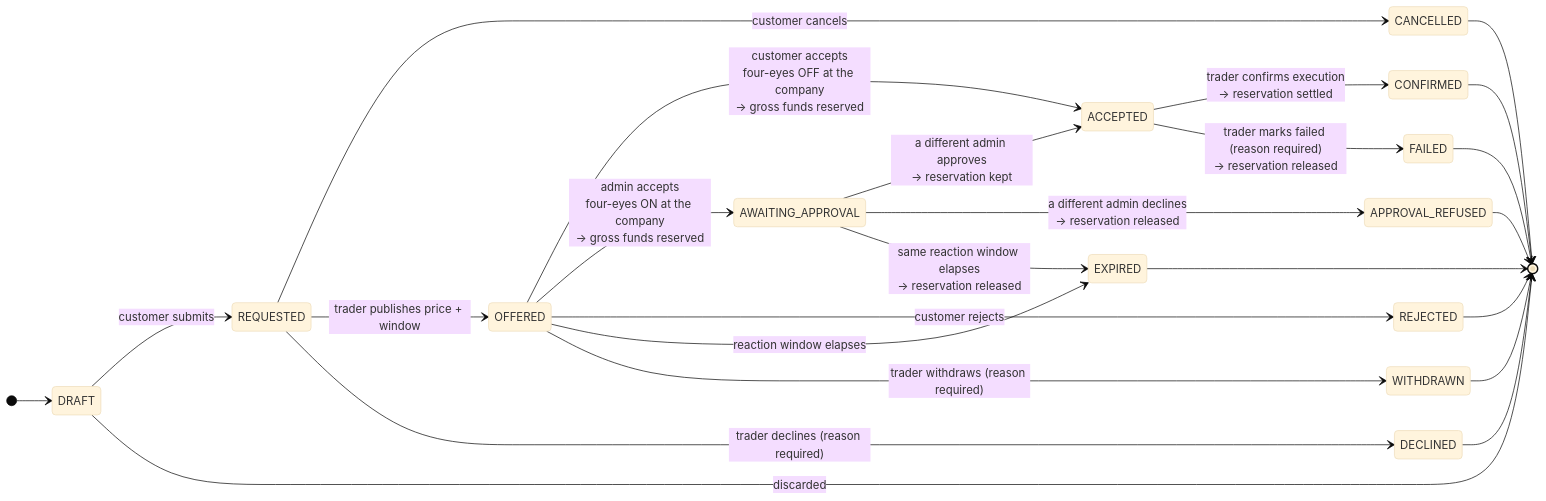
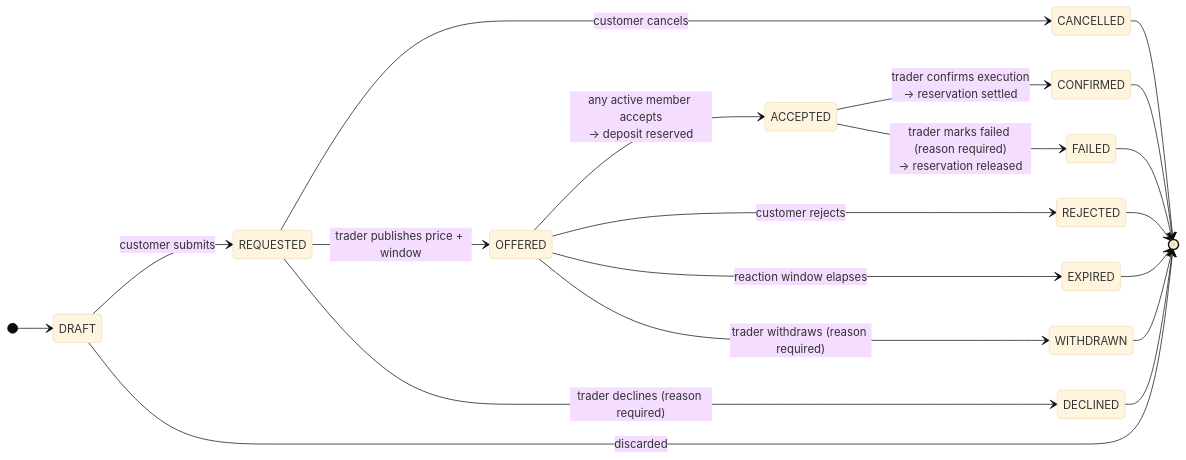
One commit to lukastosic-ifd/peakpowerspecs changed the second of 3 diagrams in specs/10-features/F05-energy-block-trading.md. Above: the diagram before and after it, drawn with Mermaid (base theme). The commit also changed other lines of this file and 40 other files, not shown here.

First line of the commit message:
DEC-179: the four-eyes rule is removed (#21)

````diff
--- a/specs/10-features/F05-energy-block-trading.md
+++ b/specs/10-features/F05-energy-block-trading.md
@@ -143,34 +144,29 @@
 ```mermaid
 stateDiagram-v2
     direction LR
     [*] --> DRAFT
 
     DRAFT --> REQUESTED: customer submits
     DRAFT --> [*]: discarded
 
     REQUESTED --> CANCELLED: customer cancels
     REQUESTED --> OFFERED: trader publishes price + window
     REQUESTED --> DECLINED: trader declines (reason required)
 
-    OFFERED --> ACCEPTED: customer accepts<br/>four-eyes OFF at the company<br/>→ gross funds reserved
-    OFFERED --> AWAITING_APPROVAL: admin accepts<br/>four-eyes ON at the company<br/>→ gross funds reserved
+    OFFERED --> ACCEPTED: any active member accepts<br/>→ deposit reserved
     OFFERED --> REJECTED: customer rejects
     OFFERED --> EXPIRED: reaction window elapses
     OFFERED --> WITHDRAWN: trader withdraws (reason required)
 
-    AWAITING_APPROVAL --> ACCEPTED: a different admin approves<br/>→ reservation kept
-    AWAITING_APPROVAL --> APPROVAL_REFUSED: a different admin declines<br/>→ reservation released
-    AWAITING_APPROVAL --> EXPIRED: same reaction window elapses<br/>→ reservation released
 
     ACCEPTED --> CONFIRMED: trader confirms execution<br/>→ reservation settled
     ACCEPTED --> FAILED: trader marks failed (reason required)<br/>→ reservation released
 
     CONFIRMED --> [*]
     CANCELLED --> [*]
     DECLINED --> [*]
     REJECTED --> [*]
     EXPIRED --> [*]
     WITHDRAWN --> [*]
     FAILED --> [*]
-    APPROVAL_REFUSED --> [*]
 ```
````
